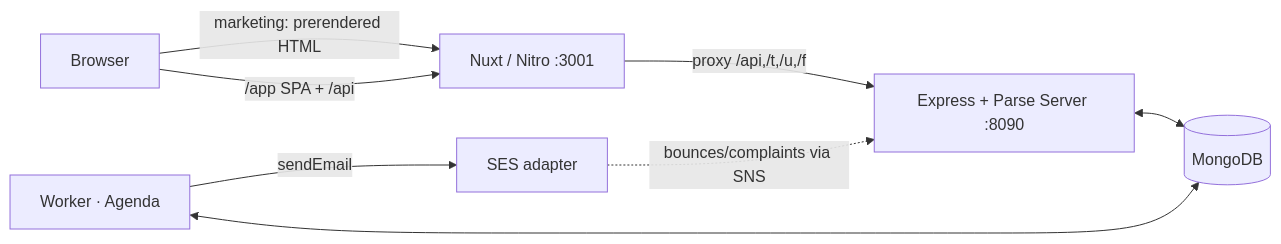
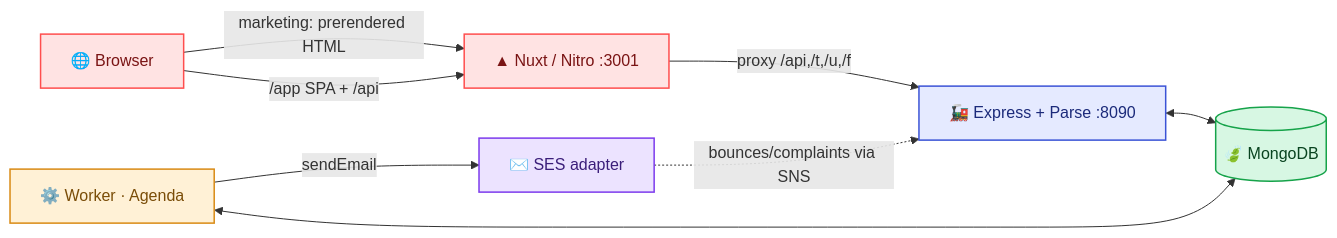
One commit to sidkr/fe-gorilla changed the diagram in documentation/index.md. Above: the diagram before and after it, drawn with Mermaid. The commit also changed 2 other files, not shown here.

Commit message:
docs: color-code + add iconography to architecture diagrams
- Brand-palette classDef per node role (frontend/API/worker/data/external) +
  styled subgraphs + a color legend.
- Emoji iconography on flowchart nodes + sequence actors (🍃 Mongo, 🚂 Express,
  ▲ Nuxt, ⚙️ worker, ✉️ SES, 📣 SNS, 🔐/🛡️ tenancy, etc.).
- Richer mermaid theme in the viewer (base theme + brand themeVariables, curved
  edges, on-brand sequence actors/notes).
- All 8 diagrams validated to parse cleanly under mermaid 10.9.1 (headless).

````diff
--- a/documentation/index.md
+++ b/documentation/index.md
@@ -31,10 +31,21 @@
 ```mermaid
 flowchart LR
-  U["Browser"] -->|"marketing: prerendered HTML"| NX["Nuxt / Nitro :3001"]
+  U["🌐 Browser"] -->|"marketing: prerendered HTML"| NX["▲ Nuxt / Nitro :3001"]
   U -->|"/app SPA + /api"| NX
-  NX -->|"proxy /api,/t,/u,/f"| EX["Express + Parse Server :8090"]
-  EX <--> M[("MongoDB")]
-  WK["Worker · Agenda"] <--> M
-  WK -->|"sendEmail"| SES["SES adapter"]
+  NX -->|"proxy /api,/t,/u,/f"| EX["🚂 Express + Parse :8090"]
+  EX <--> M[("🍃 MongoDB")]
+  WK["⚙️ Worker · Agenda"] <--> M
+  WK -->|"sendEmail"| SES["✉️ SES adapter"]
   SES -.->|"bounces/complaints via SNS"| EX
+
+  classDef fe fill:#FFE3E3,stroke:#FF4E4E,stroke-width:1.5px,color:#7A1414;
+  classDef api fill:#E5EAFF,stroke:#3B53D6,stroke-width:1.5px,color:#1B2A7A;
+  classDef worker fill:#FFF1D6,stroke:#D98A14,stroke-width:1.5px,color:#7A4D08;
+  classDef data fill:#D7F7E3,stroke:#16A34A,stroke-width:1.5px,color:#08431F;
+  classDef ext fill:#ECE3FF,stroke:#7C3AED,stroke-width:1.5px,color:#3B1E7A;
+  class U,NX fe
+  class EX api
+  class WK worker
+  class M data
+  class SES ext
 ```
````
